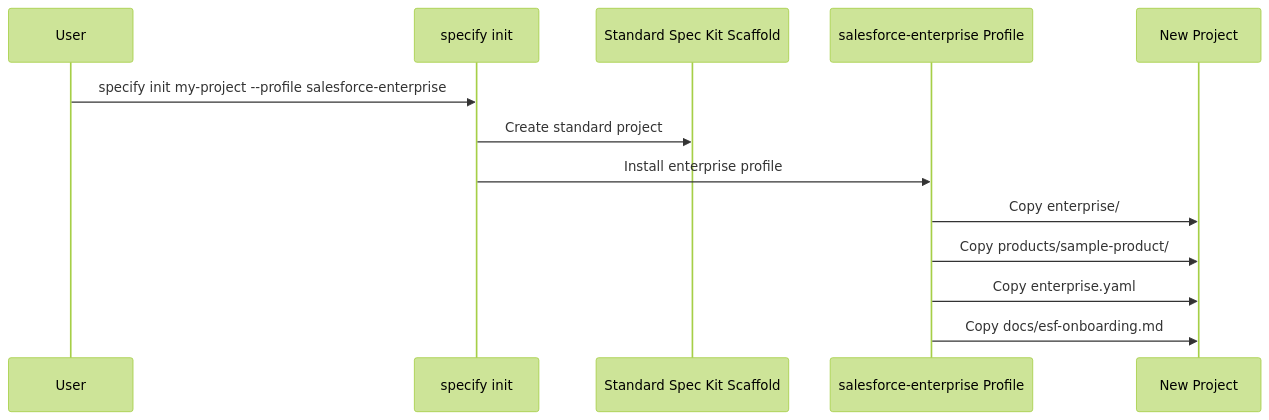
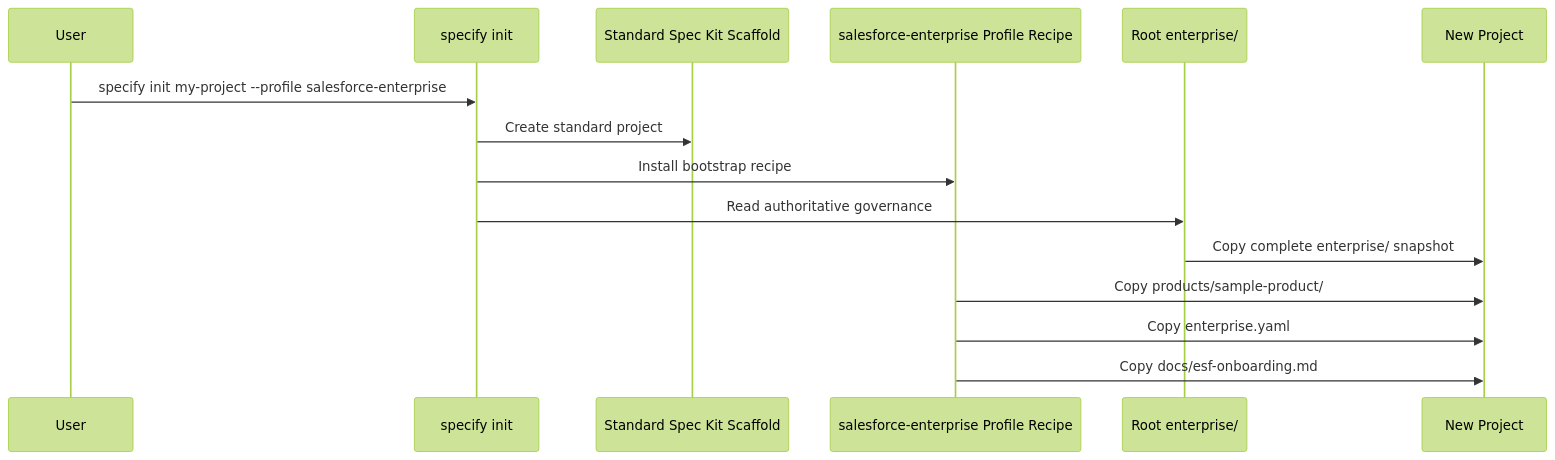
One commit to salesforceseeker41-sys/spec-kit changed the fifth of 26 diagrams in docs/enterprise-architecture-guide.md. Above: the diagram before and after it, drawn with Mermaid (forest theme). The commit also changed other lines of this file and 44 other files, not shown here.

````diff
--- a/docs/enterprise-architecture-guide.md
+++ b/docs/enterprise-architecture-guide.md
@@ -167,16 +168,18 @@
 ```mermaid
 sequenceDiagram
     participant User
     participant CLI as specify init
     participant Core as Standard Spec Kit Scaffold
-    participant Profile as salesforce-enterprise Profile
+    participant Profile as salesforce-enterprise Profile Recipe
+    participant Enterprise as Root enterprise/
     participant Project as New Project
 
     User->>CLI: specify init my-project --profile salesforce-enterprise
     CLI->>Core: Create standard project
-    CLI->>Profile: Install enterprise profile
-    Profile->>Project: Copy enterprise/
+    CLI->>Profile: Install bootstrap recipe
+    CLI->>Enterprise: Read authoritative governance
+    Enterprise->>Project: Copy complete enterprise/ snapshot
     Profile->>Project: Copy products/sample-product/
     Profile->>Project: Copy enterprise.yaml
     Profile->>Project: Copy docs/esf-onboarding.md
 ```
````
